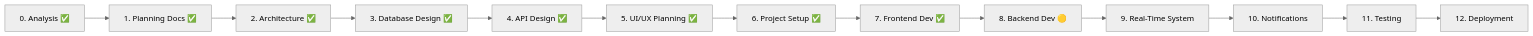
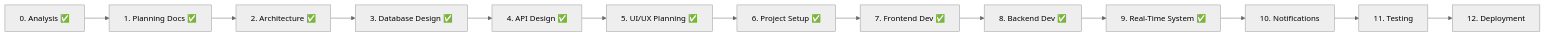
The diagram in docs/ROADMAP.md (samiularaf/bubt-bus-tracking), drawn with Mermaid (neutral theme) before and after one commit. The commit also changed other lines of this file, not shown here.

Commit message:
docs: sync ROADMAP.md — Phase 8 and 9 complete

````diff
--- a/docs/ROADMAP.md
+++ b/docs/ROADMAP.md
@@ -21,15 +21,15 @@
 ```mermaid
 flowchart LR
     P0[0. Analysis ✅] --> P1[1. Planning Docs ✅]
     P1 --> P2[2. Architecture ✅]
     P2 --> P3[3. Database Design ✅]
     P3 --> P4[4. API Design ✅]
     P4 --> P5[5. UI/UX Planning ✅]
     P5 --> P6[6. Project Setup ✅]
     P6 --> P7[7. Frontend Dev ✅]
-    P7 --> P8[8. Backend Dev 🟡]
-    P8 --> P9[9. Real-Time System]
+    P7 --> P8[8. Backend Dev ✅]
+    P8 --> P9[9. Real-Time System ✅]
     P9 --> P10[10. Notifications]
     P10 --> P11[11. Testing]
     P11 --> P12[12. Deployment]
 ```
````
